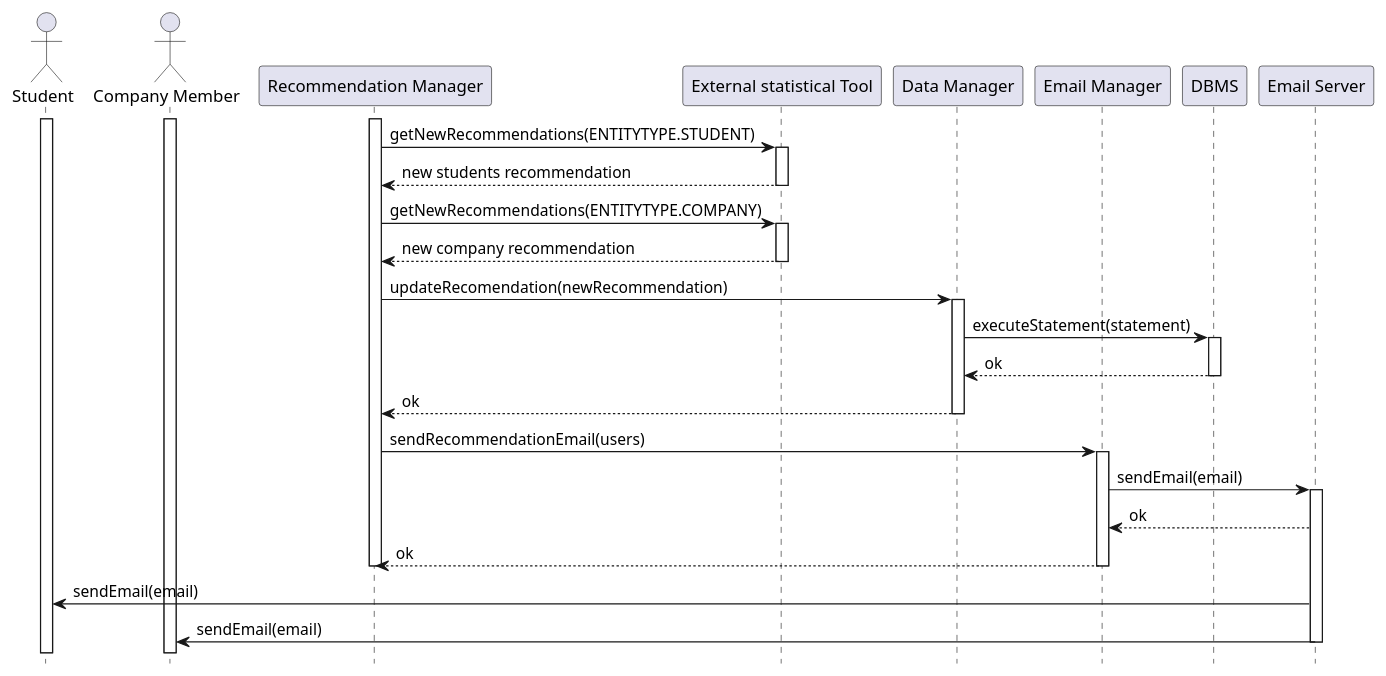
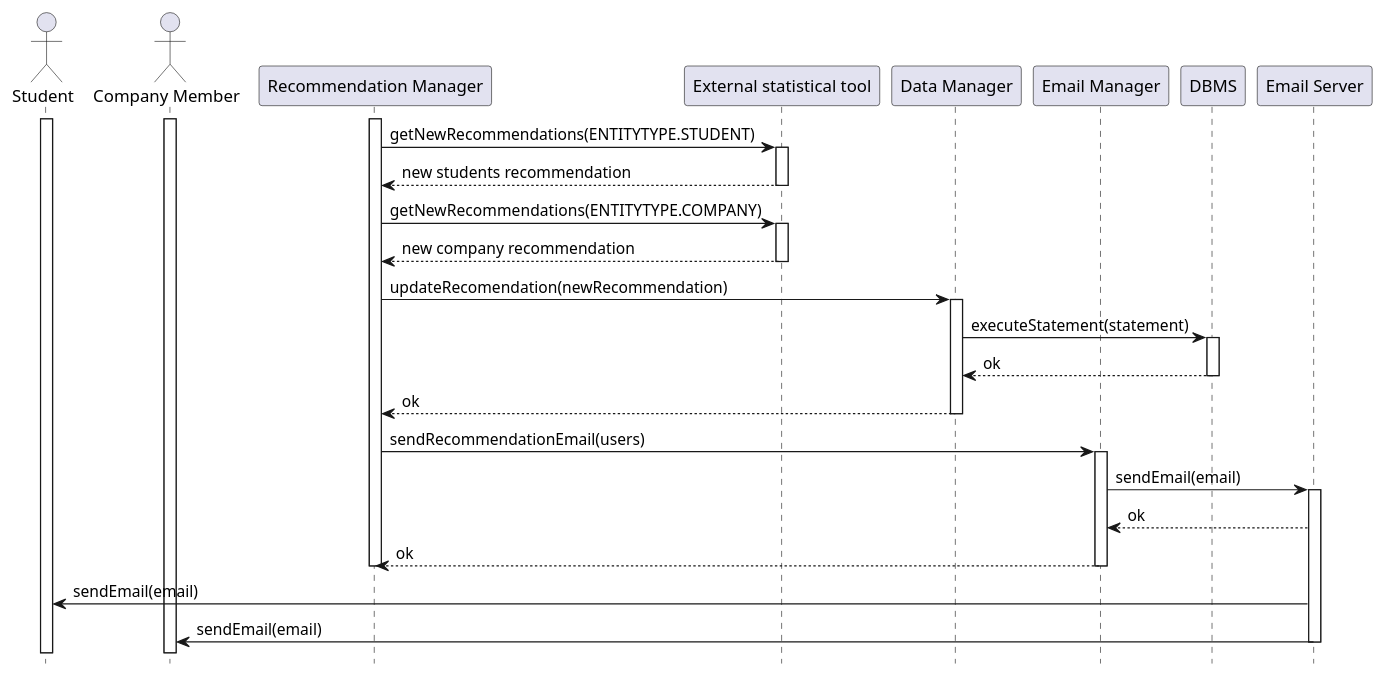
One commit to matti8702/R_and_DD_project_SE2 changed the diagram in DD/Architectural_design/uml_diagrams/RV13_diagram.puml. Above: the diagram before and after it, drawn with PlantUML. The commit also changed 7 other files, not shown here.

```diff
--- a/DD/Architectural_design/uml_diagrams/RV13_diagram.puml
+++ b/DD/Architectural_design/uml_diagrams/RV13_diagram.puml
@@ -1,50 +1,50 @@
 @startuml RV13_diagram
 hide footbox
 
 actor "Student" as S 
 actor "Company Member" as C
 participant "Recommendation Manager" as RM
-participant "External statistical Tool" as SAT
+participant "External statistical tool" as SAT
 participant "Data Manager" as DM
 participant "Email Manager" as EM
 participant "DBMS" as RD
 participant "Email Server" as E
 
 
 activate S
 activate C
 activate RM
 
 RM -> SAT: getNewRecommendations(ENTITYTYPE.STUDENT) 
 activate SAT
 SAT --> RM: new students recommendation
 deactivate SAT
 RM -> SAT: getNewRecommendations(ENTITYTYPE.COMPANY) 
 activate SAT
 SAT --> RM: new company recommendation
 deactivate SAT
 RM -> DM: updateRecomendation(newRecommendation)
 activate DM
 DM -> RD: executeStatement(statement)
 activate RD
 RD --> DM: ok
 deactivate RD
 DM --> RM: ok
 deactivate DM
 RM -> EM: sendRecommendationEmail(users)
 activate EM
 EM -> E: sendEmail(email)
 activate E
 E --> EM: ok
 EM --> RM: ok
 deactivate EM
 deactivate RM
 E -> S: sendEmail(email)
 E -> C: sendEmail(email)
 deactivate E
 
 
 
 
 
 @enduml
```
